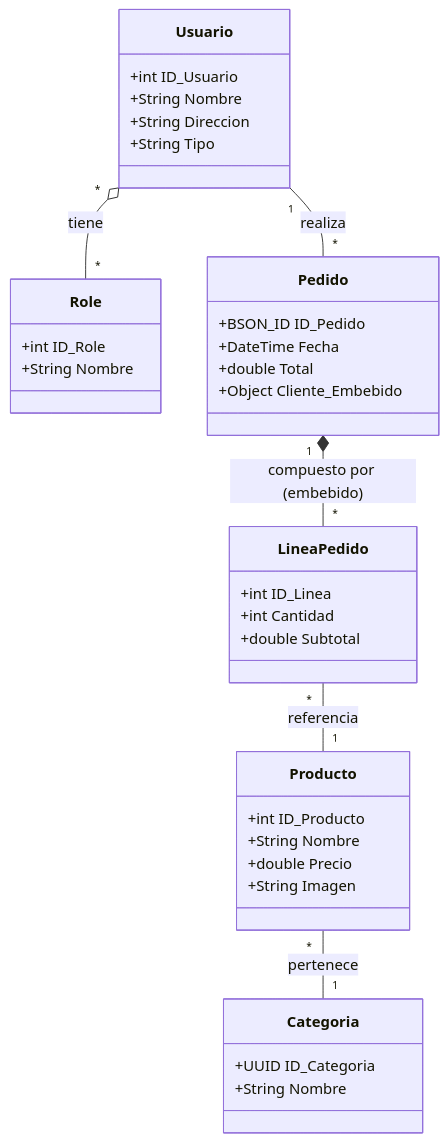
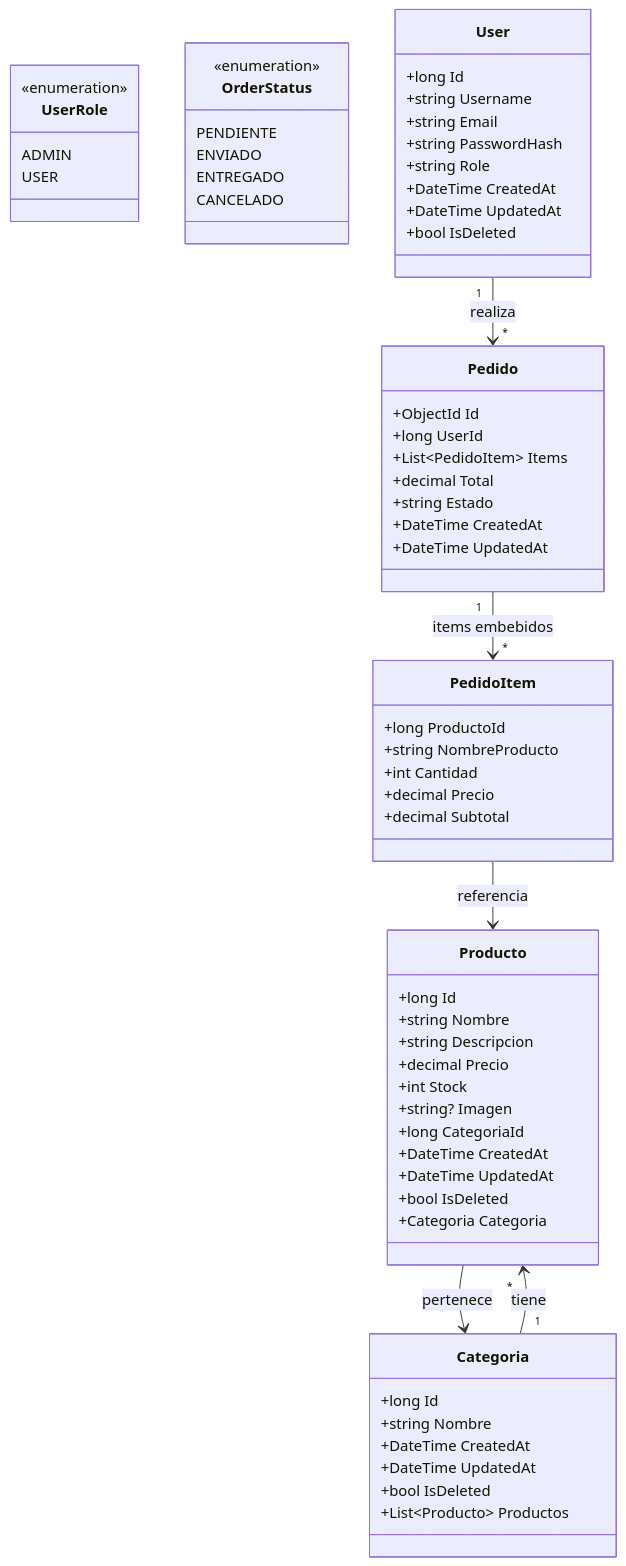
Before and after one commit to joseluisgs/TiendaDawApi-NetCore: the first of 2 diagrams in README.md, drawn with Mermaid. The commit also changed other lines of this file and 17 other files, not shown here.

Commit message:
actualiza readme con estilo profesional, badges y diagramas mermaid

````diff
--- a/README.md
+++ b/README.md
@@ -456,47 +197,82 @@
 ```mermaid
 classDiagram
-    class Usuario {
-        +int ID_Usuario
-        +String Nombre
-        +String Direccion
-        +String Tipo
-    }
+  direction TB
 
-    class Role {
-        +int ID_Role
-        +String Nombre
-    }
+  %% ENUMS
+  class UserRole {
+    <<enumeration>>
+    ADMIN
+    USER
+  }
 
-    class Pedido {
-        +BSON_ID ID_Pedido
-        +DateTime Fecha
-        +double Total
-        +Object Cliente_Embebido
-    }
+  class OrderStatus {
+    <<enumeration>>
+    PENDIENTE
+    ENVIADO
+    ENTREGADO
+    CANCELADO
+  }
 
-    class LineaPedido {
-        +int ID_Linea
-        +int Cantidad
-        +double Subtotal
-    }
+  %% CLASES PRINCIPALES - PostgreSQL
+  class User {
+    +long Id
+    +string Username
+    +string Email
+    +string PasswordHash
+    +string Role
+    +DateTime CreatedAt
+    +DateTime UpdatedAt
+    +bool IsDeleted
+  }
 
-    class Producto {
-        +int ID_Producto
-        +String Nombre
-        +double Precio
-        +String Imagen
-    }
+  class Categoria {
+    +long Id
+    +string Nombre
+    +DateTime CreatedAt
+    +DateTime UpdatedAt
+    +bool IsDeleted
+    +List~Producto~ Productos
+  }
 
-    class Categoria {
-        +UUID ID_Categoria
-        +String Nombre
-    }
+  class Producto {
+    +long Id
+    +string Nombre
+    +string Descripcion
+    +decimal Precio
+    +int Stock
+    +string? Imagen
+    +long CategoriaId
+    +DateTime CreatedAt
+    +DateTime UpdatedAt
+    +bool IsDeleted
+    +Categoria Categoria
+  }
 
-    %% Relaciones
-    Usuario "*" o-- "*" Role : tiene
-    Usuario "1" -- "*" Pedido : realiza
-    Pedido "1" *-- "*" LineaPedido : compuesto por (embebido)
-    LineaPedido "*" -- "1" Producto : referencia
-    Producto "*" -- "1" Categoria : pertenece
+  %% CLASES PRINCIPALES - MongoDB
+  class Pedido {
+    +ObjectId Id
+    +long UserId
+    +List~PedidoItem~ Items
+    +decimal Total
+    +string Estado
+    +DateTime CreatedAt
+    +DateTime UpdatedAt
+  }
 
+  class PedidoItem {
+    +long ProductoId
+    +string NombreProducto
+    +int Cantidad
+    +decimal Precio
+    +decimal Subtotal
+  }
+
+  %% RELACIONES - PostgreSQL
+  User "1" --> "*" Pedido : realiza
+  Categoria "1" --> "*" Producto : tiene
+  Producto --> Categoria : pertenece
+
+  %% RELACIONES - MongoDB (Embebido)
+  Pedido "1" --> "*" PedidoItem : items embebidos
+  PedidoItem --> Producto : referencia
 ```
````
